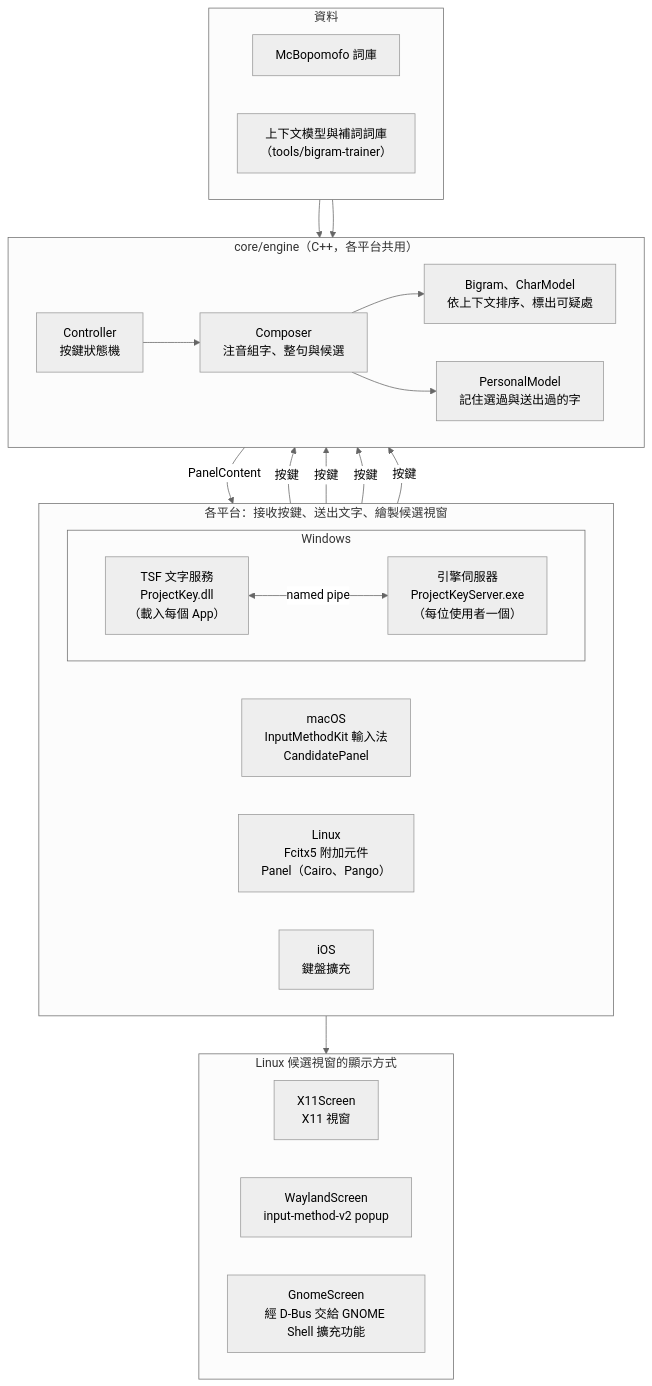
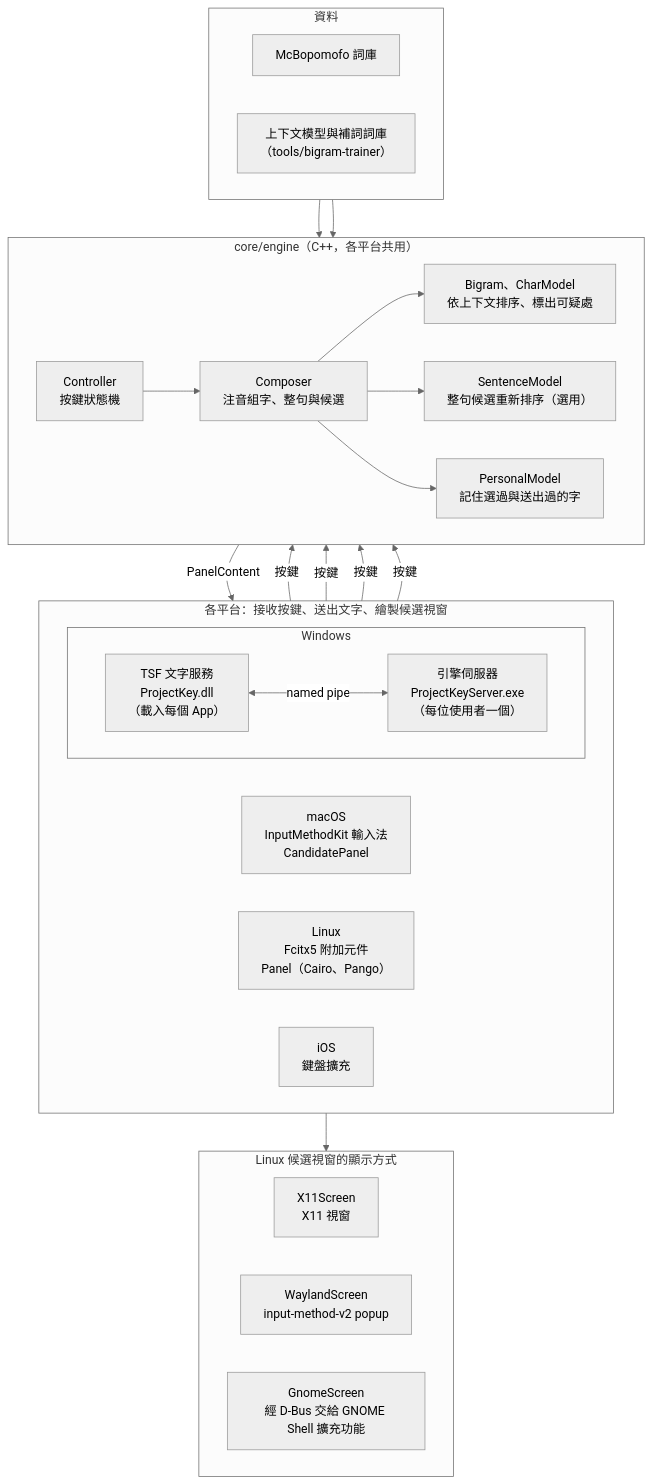
Before and after one commit to KoukeNeko/Project-Key: the diagram in README.md, drawn with Mermaid (neutral theme). The commit also changed other lines of this file and 3 other files, not shown here.

First line of the commit message:
docs: train and export the sentence model

````diff
--- a/README.md
+++ b/README.md
@@ -73,39 +73,40 @@
 ```mermaid
 flowchart TB
   subgraph platforms["各平台：接收按鍵、送出文字、繪製候選視窗"]
     direction LR
     mac["macOS<br>InputMethodKit 輸入法<br>CandidatePanel"]
     subgraph win["Windows"]
       direction LR
       tsf["TSF 文字服務<br>ProjectKey.dll<br>（載入每個 App）"] <-- "named pipe" --> server["引擎伺服器<br>ProjectKeyServer.exe<br>（每位使用者一個）"]
     end
     linux["Linux<br>Fcitx5 附加元件<br>Panel（Cairo、Pango）"]
     ios["iOS<br>鍵盤擴充"]
   end
 
   subgraph core["core/engine（C++，各平台共用）"]
     direction LR
     controller["Controller<br>按鍵狀態機"] --> composer["Composer<br>注音組字、整句與候選"]
     composer --> ranking["Bigram、CharModel<br>依上下文排序、標出可疑處"]
+    composer --> sentence["SentenceModel<br>整句候選重新排序（選用）"]
     composer --> personal["PersonalModel<br>記住選過與送出過的字"]
   end
 
   subgraph data["資料"]
     direction LR
     mcb["McBopomofo 詞庫"]
     models["上下文模型與補詞詞庫<br>（tools/bigram-trainer）"]
   end
 
   mac & server & linux & ios -- "按鍵" --> controller
   controller -- "PanelContent" --> platforms
   mcb --> composer
   models --> ranking
 
   subgraph screens["Linux 候選視窗的顯示方式"]
     direction LR
     x11["X11Screen<br>X11 視窗"]
     wayland["WaylandScreen<br>input-method-v2 popup"]
     gnome["GnomeScreen<br>經 D-Bus 交給 GNOME Shell 擴充功能"]
   end
   linux --> screens
 ```
````
